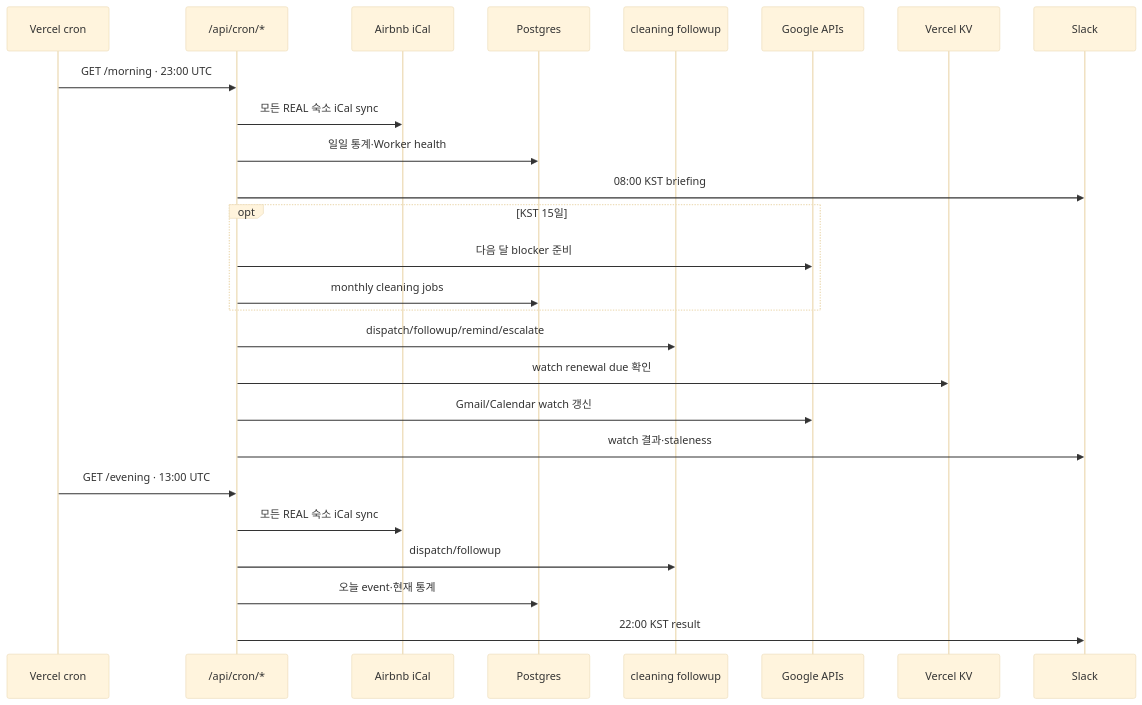
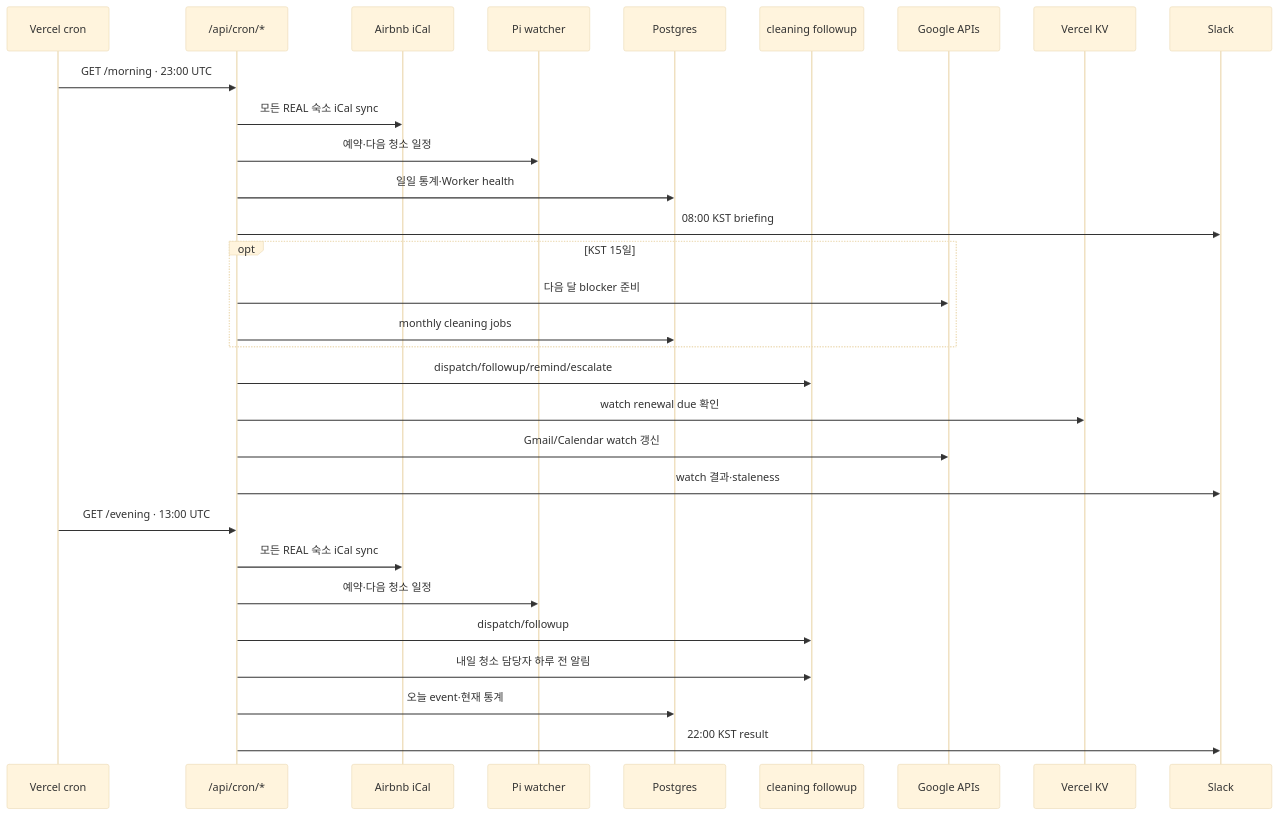
The eighth of 9 diagrams in runtime_interfaces_and_collaboration.md (adckang/propos), drawn with Mermaid (base theme) before and after one commit. The commit also changed other lines of this file and 5 other files, not shown here.

First line of the commit message:
docs: add the big flows added since 11-17 to the integrated docs (SM-20..29)

````diff
--- a/runtime_interfaces_and_collaboration.md
+++ b/runtime_interfaces_and_collaboration.md
@@ -508,30 +508,34 @@
 ```mermaid
 sequenceDiagram
   participant Vercel as Vercel cron
   participant Cron as /api/cron/*
   participant Airbnb as Airbnb iCal
+  participant Pi as Pi watcher
   participant DB as Postgres
   participant Cleaning as cleaning followup
   participant Google as Google APIs
   participant KV as Vercel KV
   participant Slack as Slack
 
   Vercel->>Cron: GET /morning · 23:00 UTC
   Cron->>Airbnb: 모든 REAL 숙소 iCal sync
+  Cron->>Pi: 예약·다음 청소 일정
   Cron->>DB: 일일 통계·Worker health
   Cron->>Slack: 08:00 KST briefing
   opt KST 15일
     Cron->>Google: 다음 달 blocker 준비
     Cron->>DB: monthly cleaning jobs
   end
   Cron->>Cleaning: dispatch/followup/remind/escalate
   Cron->>KV: watch renewal due 확인
   Cron->>Google: Gmail/Calendar watch 갱신
   Cron->>Slack: watch 결과·staleness
 
   Vercel->>Cron: GET /evening · 13:00 UTC
   Cron->>Airbnb: 모든 REAL 숙소 iCal sync
+  Cron->>Pi: 예약·다음 청소 일정
   Cron->>Cleaning: dispatch/followup
+  Cron->>Cleaning: 내일 청소 담당자 하루 전 알림
   Cron->>DB: 오늘 event·현재 통계
   Cron->>Slack: 22:00 KST result
 ```
````
